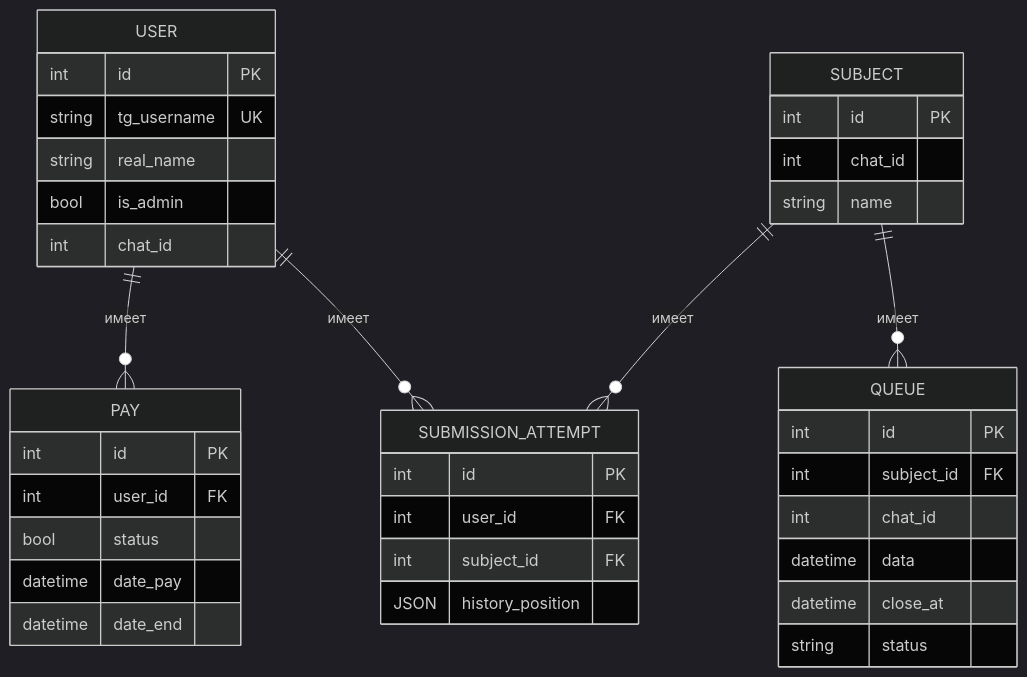
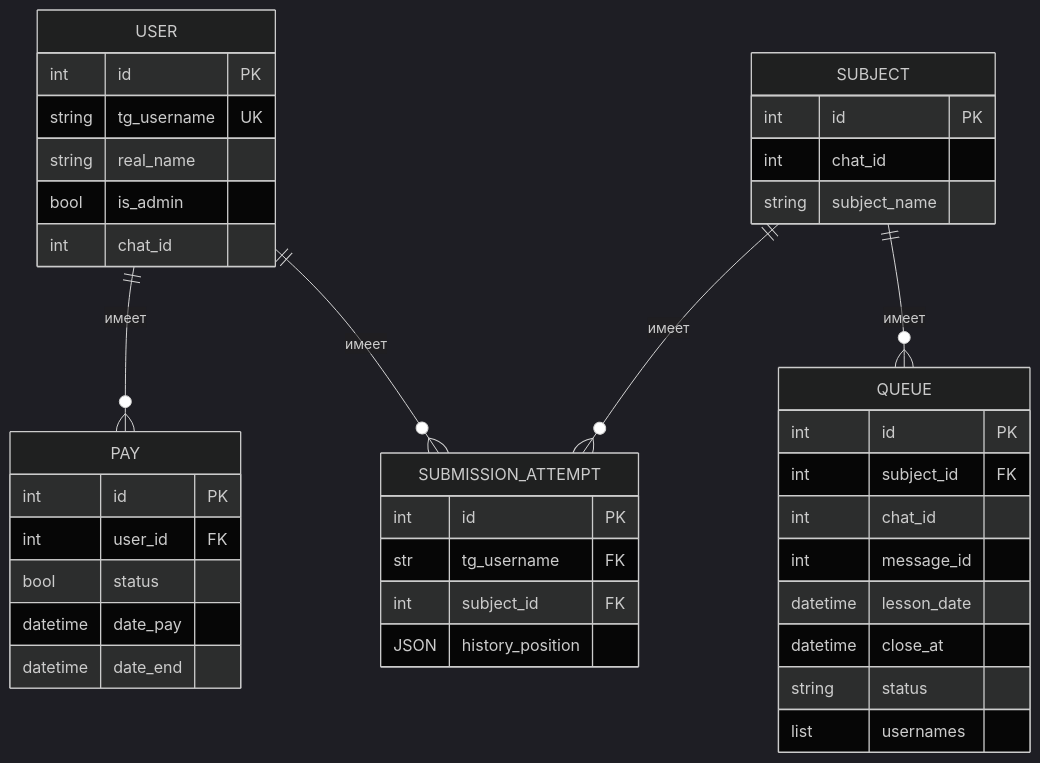
Before and after one commit to VoltusV5/FairLabQueueBot: the diagram in docs/01_Database.md, drawn with Mermaid (dark theme). The commit also changed 2 other files, not shown here.

Commit message:
Планирование БД

````diff
--- a/docs/01_Database.md
+++ b/docs/01_Database.md
@@ -8,43 +8,45 @@
 ```mermaid
 erDiagram
     USER ||--o{ SUBMISSION_ATTEMPT : имеет
     USER ||--o{ PAY : имеет
     SUBJECT ||--o{ QUEUE : имеет
     SUBJECT ||--o{ SUBMISSION_ATTEMPT : имеет
 
     USER {
         int id PK
         string tg_username UK
         string real_name
         bool is_admin
         int chat_id
     }
     SUBJECT {
         int id PK
         int chat_id
-        string name
+        string subject_name
     }
     QUEUE {
         int id PK
         int subject_id FK
         int chat_id
-        datetime data
+        int message_id
+        datetime lesson_date
         datetime close_at
         string status
+        list usernames
     }
     SUBMISSION_ATTEMPT {
         int id PK
-        int user_id FK
+        str tg_username FK
         int subject_id FK
         JSON history_position
     }
     PAY {
         int id PK
         int user_id FK
         bool status
         datetime date_pay
         datetime date_end
     }
 
 
 ```
````
